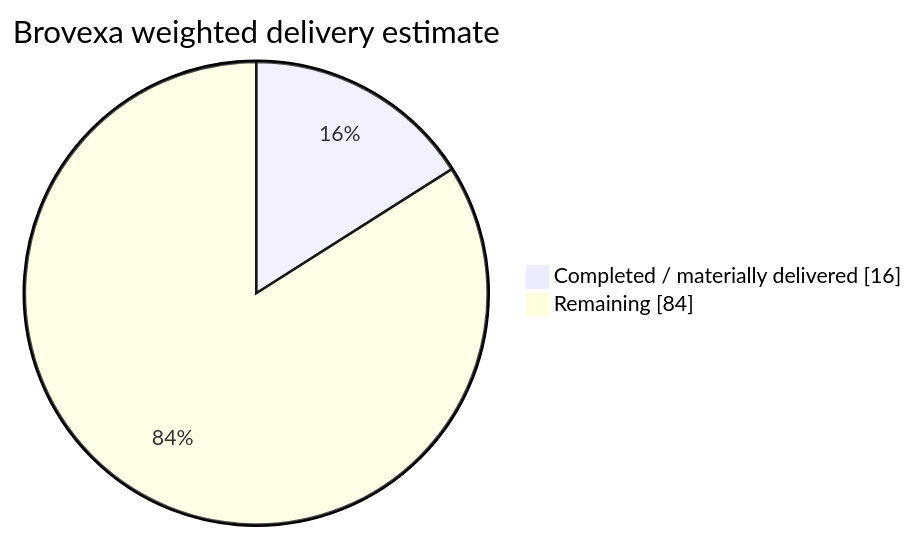
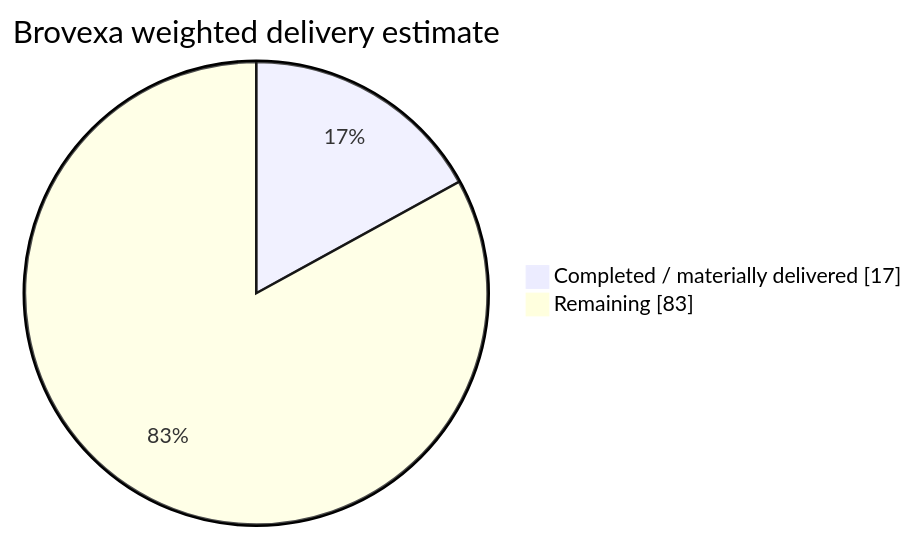
Before and after one commit to Vertex-Systems-Network/brovexa: the diagram in README.md, drawn with Mermaid. The commit also changed other lines of this file, not shown here.

````diff
--- a/README.md
+++ b/README.md
@@ -17,6 +17,6 @@
 ```mermaid
 pie showData
     title Brovexa weighted delivery estimate
-    "Completed / materially delivered" : 16
-    "Remaining" : 84
+    "Completed / materially delivered" : 17
+    "Remaining" : 83
 ```
````
